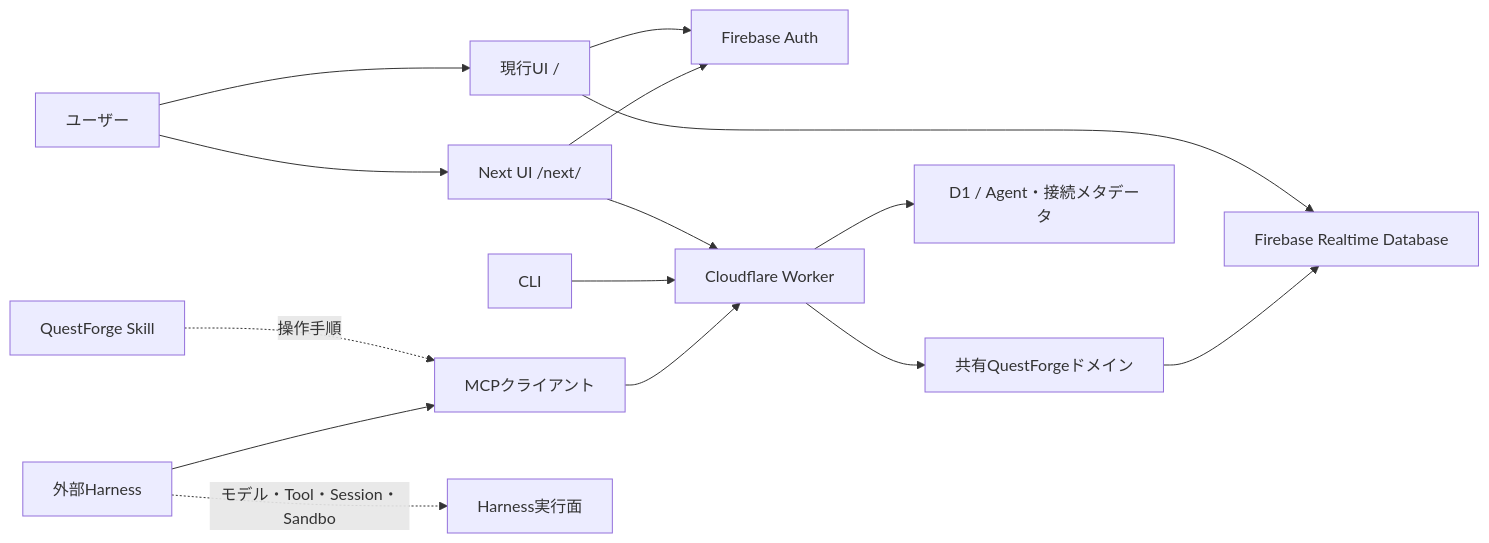
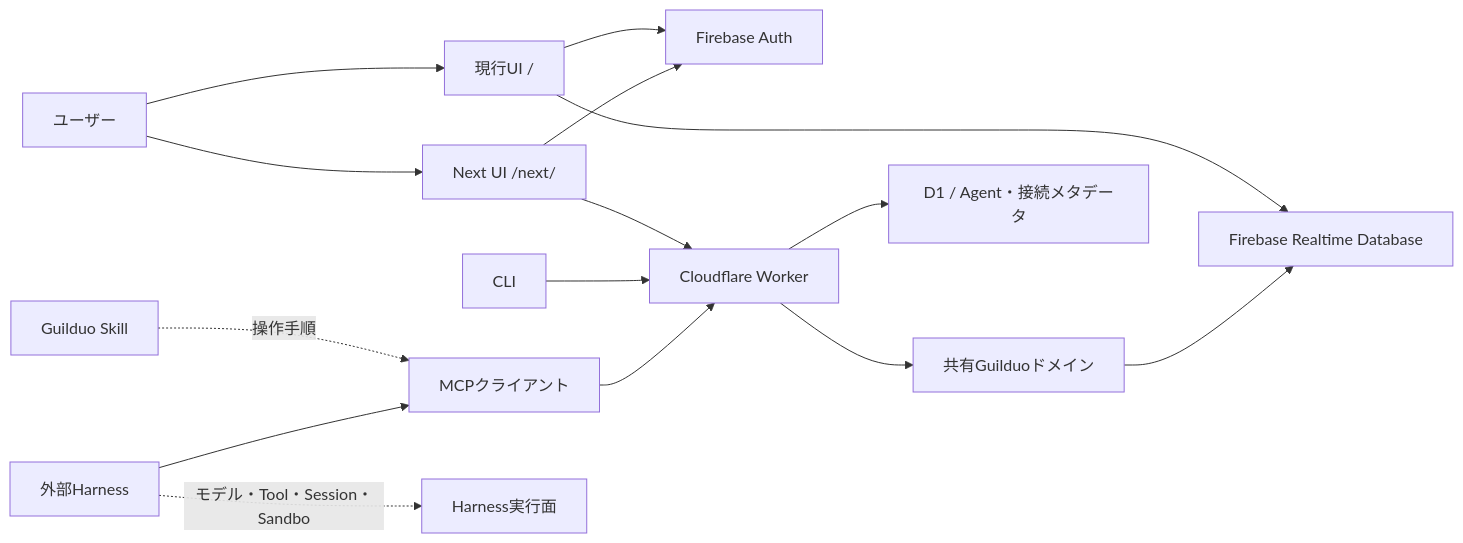
One commit to ELRdn/Guilduo changed the diagram in PROJECT_SPEC.md. Above: the diagram before and after it, drawn with Mermaid. The commit also changed other lines of this file and 76 other files, not shown here.

Commit message:
feat: integrate Guilduo Relay Forge

````diff
--- a/PROJECT_SPEC.md
+++ b/PROJECT_SPEC.md
@@ -71,17 +72,17 @@
 ```mermaid
 flowchart LR
   User[ユーザー] --> Root[現行UI /]
   User --> Next[Next UI /next/]
   Root --> Auth[Firebase Auth]
   Root --> RTDB[Firebase Realtime Database]
   Next --> Auth
   Next --> Worker[Cloudflare Worker]
   CLI[CLI] --> Worker
   MCP[MCPクライアント] --> Worker
-  Skill[QuestForge Skill] -.操作手順.-> MCP
-  Worker --> Domain[共有QuestForgeドメイン]
+    Skill[Guilduo Skill] -.操作手順.-> MCP
+    Worker --> Domain[共有Guilduoドメイン]
   Domain --> RTDB
   Worker --> D1[D1 / Agent・接続メタデータ]
   Harness[外部Harness] --> MCP
   Harness -.モデル・Tool・Session・Sandbox.-> HarnessRuntime[Harness実行面]
 ```
````
